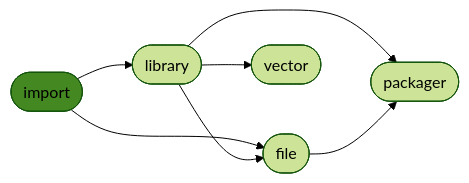
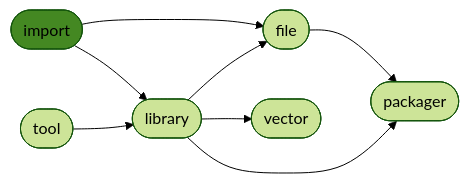
Before and after one commit to ManderaGeneral/generalimport: the diagram in README.md, drawn with Mermaid (forest theme). The commit also changed other lines of this file, not shown here.

Commit message:
[CI AUTO] Sync triggered by generaltool

````diff
--- a/README.md
+++ b/README.md
@@ -28,15 +28,17 @@
 ```mermaid
 flowchart LR
-1([library]) --> 3([vector])
-1([library]) --> 4([packager])
-0([import]) --> 2([file])
-1([library]) --> 2([file])
-0([import]) --> 1([library])
-2([file]) --> 4([packager])
+3([file]) --> 5([packager])
+0([import]) --> 3([file])
+2([library]) --> 3([file])
+2([library]) --> 4([vector])
+2([library]) --> 5([packager])
+1([tool]) --> 2([library])
+0([import]) --> 2([library])
 click 0 "https://github.com/ManderaGeneral/generalimport"
-click 1 "https://github.com/ManderaGeneral/generallibrary"
-click 2 "https://github.com/ManderaGeneral/generalfile"
-click 3 "https://github.com/ManderaGeneral/generalvector"
-click 4 "https://github.com/ManderaGeneral/generalpackager"
+click 1 "https://github.com/ManderaGeneral/generaltool"
+click 2 "https://github.com/ManderaGeneral/generallibrary"
+click 3 "https://github.com/ManderaGeneral/generalfile"
+click 4 "https://github.com/ManderaGeneral/generalvector"
+click 5 "https://github.com/ManderaGeneral/generalpackager"
 style 0 fill:#482
 ```
````
